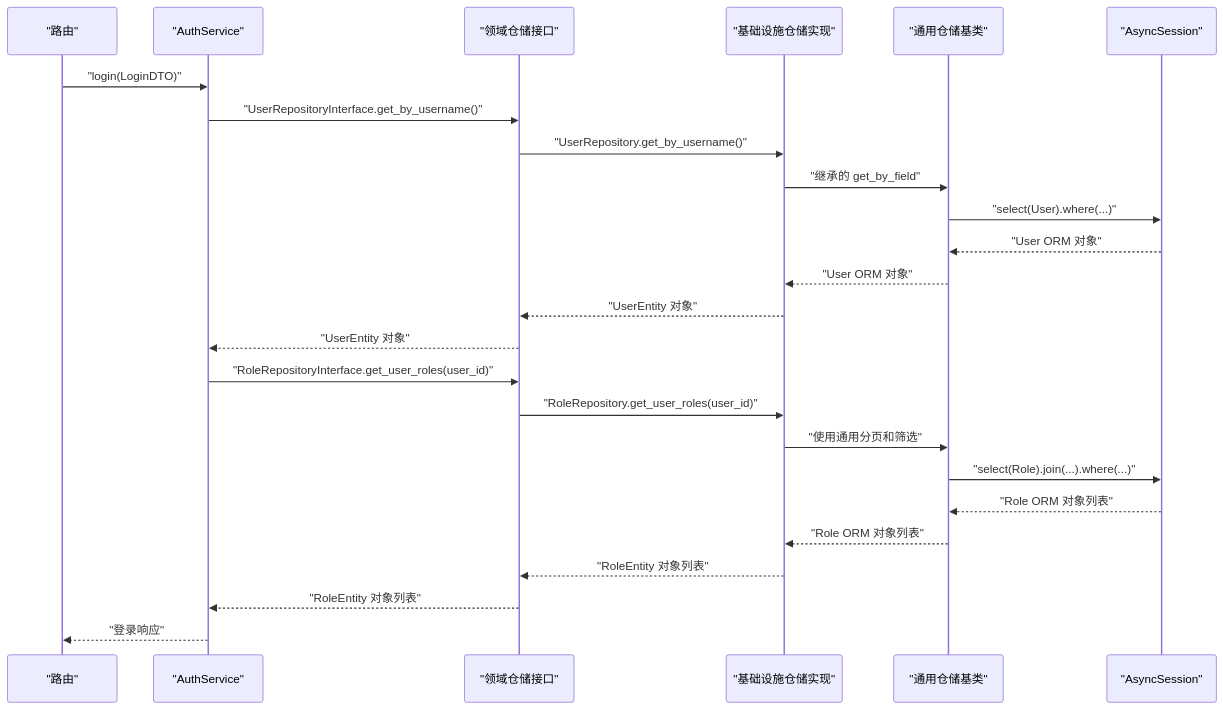
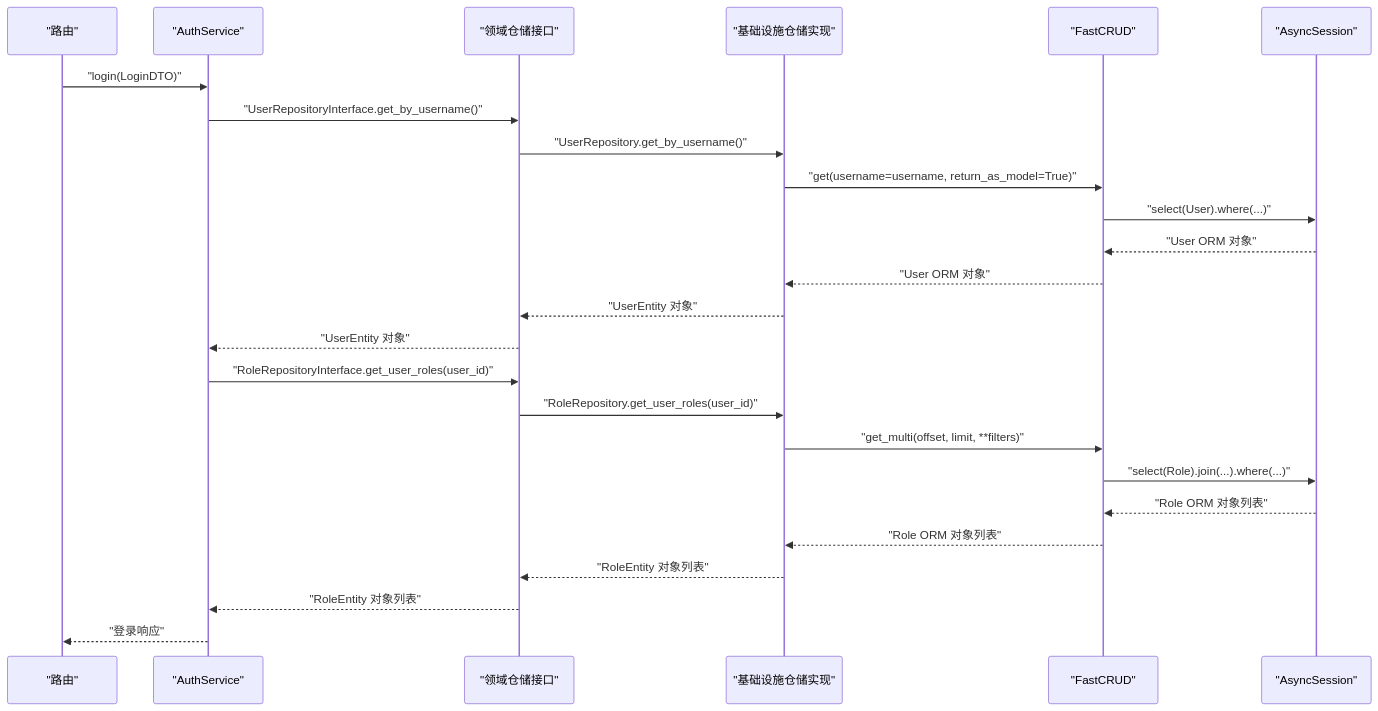
The fifth of 7 diagrams in .qoder/repowiki/zh/content/后端架构设计/DDD 分层架构详解/基础设施层（Data Access）.md (taoweidong/Hello-FastApi), drawn with Mermaid before and after one commit. The commit also changed other lines of this file and 75 other files, not shown here.

````diff
--- a/.qoder/repowiki/zh/content/后端架构设计/DDD 分层架构详解/基础设施层（Data Access）.md
+++ b/.qoder/repowiki/zh/content/后端架构设计/DDD 分层架构详解/基础设施层（Data Access）.md
@@ -472,27 +479,27 @@
 ```mermaid
 sequenceDiagram
 participant API as "路由"
 participant Svc as "AuthService"
 participant DomainRepo as "领域仓储接口"
 participant InfraRepo as "基础设施仓储实现"
-participant BaseRepo as "通用仓储基类"
+participant FastCRUD as "FastCRUD"
 participant DB as "AsyncSession"
 API->>Svc : "login(LoginDTO)"
 Svc->>DomainRepo : "UserRepositoryInterface.get_by_username()"
 DomainRepo->>InfraRepo : "UserRepository.get_by_username()"
-InfraRepo->>BaseRepo : "继承的 get_by_field"
-BaseRepo->>DB : "select(User).where(...)"
-DB-->>BaseRepo : "User ORM 对象"
-BaseRepo-->>InfraRepo : "User ORM 对象"
+InfraRepo->>FastCRUD : "get(username=username, return_as_model=True)"
+FastCRUD->>DB : "select(User).where(...)"
+DB-->>FastCRUD : "User ORM 对象"
+FastCRUD-->>InfraRepo : "User ORM 对象"
 InfraRepo-->>DomainRepo : "UserEntity 对象"
 DomainRepo-->>Svc : "UserEntity 对象"
 Svc->>DomainRepo : "RoleRepositoryInterface.get_user_roles(user_id)"
 DomainRepo->>InfraRepo : "RoleRepository.get_user_roles(user_id)"
-InfraRepo->>BaseRepo : "使用通用分页和筛选"
-BaseRepo->>DB : "select(Role).join(...).where(...)"
-DB-->>BaseRepo : "Role ORM 对象列表"
-BaseRepo-->>InfraRepo : "Role ORM 对象列表"
+InfraRepo->>FastCRUD : "get_multi(offset, limit, **filters)"
+FastCRUD->>DB : "select(Role).join(...).where(...)"
+DB-->>FastCRUD : "Role ORM 对象列表"
+FastCRUD-->>InfraRepo : "Role ORM 对象列表"
 InfraRepo-->>DomainRepo : "RoleEntity 对象列表"
 DomainRepo-->>Svc : "RoleEntity 对象列表"
 Svc-->>API : "登录响应"
 ```
````
